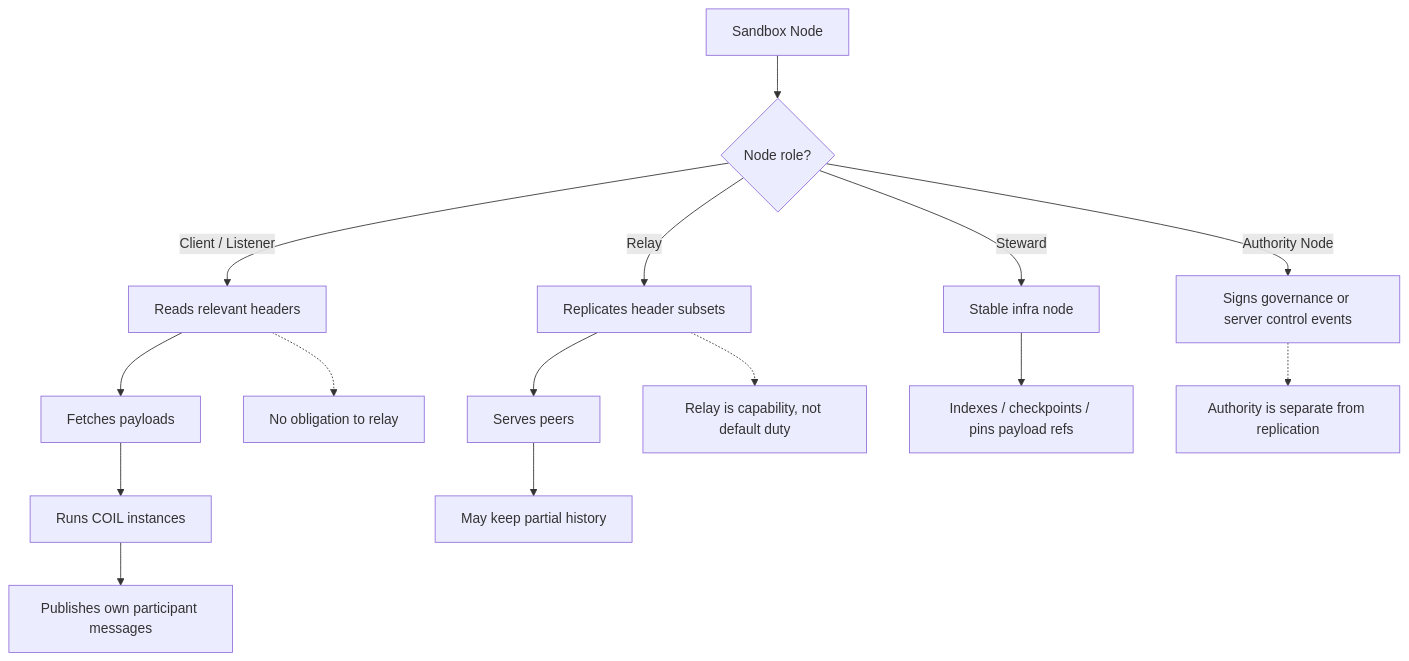
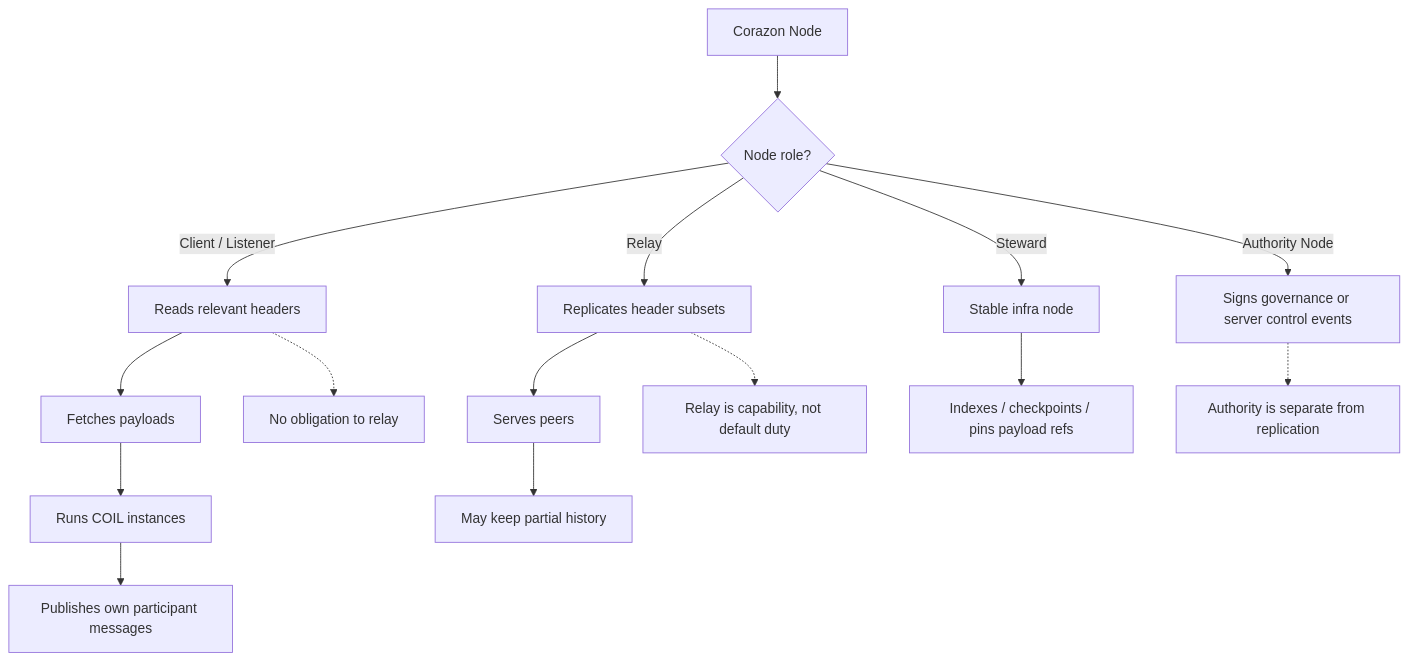
The second of 2 diagrams in 2026-04-03-architecture-session/04-node-roles.md (animata-systems/meta-design), drawn with Mermaid before and after one commit. The commit also changed other lines of this file and 23 other files, not shown here.

First line of the commit message:
Refactor "sandbox" terminology to "Corazon Host"

````diff
--- a/2026-04-03-architecture-session/04-node-roles.md
+++ b/2026-04-03-architecture-session/04-node-roles.md
@@ -67,22 +67,22 @@
 ```mermaid
 flowchart TD
-    S["Sandbox Node"] --> Q{"Node role?"}
+    S["Corazon Node"] --> Q{"Node role?"}
 
     Q -- Client / Listener --> A["Reads relevant headers"]
     A --> B["Fetches payloads"]
     B --> C["Runs COIL instances"]
     C --> D["Publishes own participant messages"]
 
     Q -- Relay --> E["Replicates header subsets"]
     E --> F["Serves peers"]
     F --> G["May keep partial history"]
 
     Q -- Steward --> H["Stable infra node"]
     H --> I["Indexes / checkpoints / pins payload refs"]
 
     Q -- Authority Node --> J["Signs governance or server control events"]
 
     A -.-> N1["No obligation to relay"]
     E -.-> N2["Relay is capability, not default duty"]
     J -.-> N3["Authority is separate from replication"]
 ```
````
